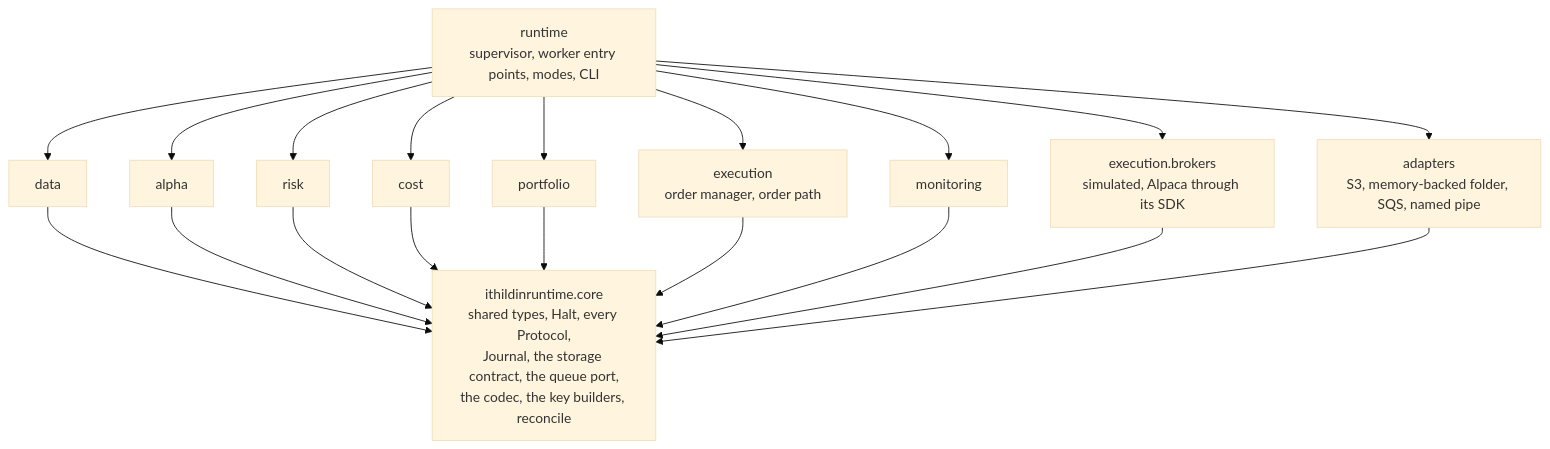
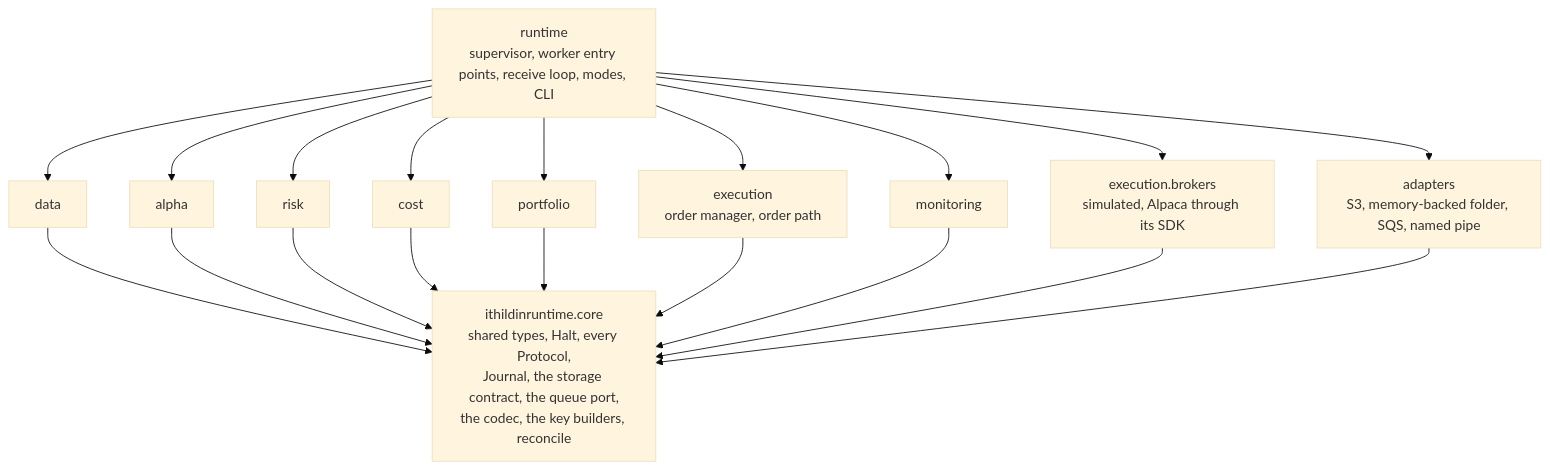
One commit to l3a0/ithildin-runtime changed diagram 16 of 16 in docs/architecture.md. Above: the diagram before and after it, drawn with Mermaid (base theme). The commit also changed other lines of this file and 1 other file, not shown here.

First line of the commit message:
docs: a receive loop in each worker hands items to a pool of handlers

````diff
--- a/docs/architecture.md
+++ b/docs/architecture.md
@@ -2537,33 +2539,33 @@
 ```mermaid
 flowchart TB
     core["ithildinruntime.core<br/>shared types, Halt, every Protocol,<br/>Journal, the storage contract, the queue port,<br/>the codec, the key builders, reconcile"]
     adapters["adapters<br/>S3, memory-backed folder, SQS, named pipe"]
     data["data"]
     alpha["alpha"]
     risk["risk"]
     cost["cost"]
     portfolio["portfolio"]
     execution["execution<br/>order manager, order path"]
     brokers["execution.brokers<br/>simulated, Alpaca through its SDK"]
     monitoring["monitoring"]
-    runtime["runtime<br/>supervisor, worker entry points, modes, CLI"]
+    runtime["runtime<br/>supervisor, worker entry points, receive loop, modes, CLI"]
 
     data --> core
     alpha --> core
     risk --> core
     cost --> core
     portfolio --> core
     execution --> core
     monitoring --> core
     brokers --> core
     adapters --> core
     runtime --> adapters
     runtime --> data
     runtime --> alpha
     runtime --> risk
     runtime --> cost
     runtime --> portfolio
     runtime --> execution
     runtime --> brokers
     runtime --> monitoring
 ```
````
